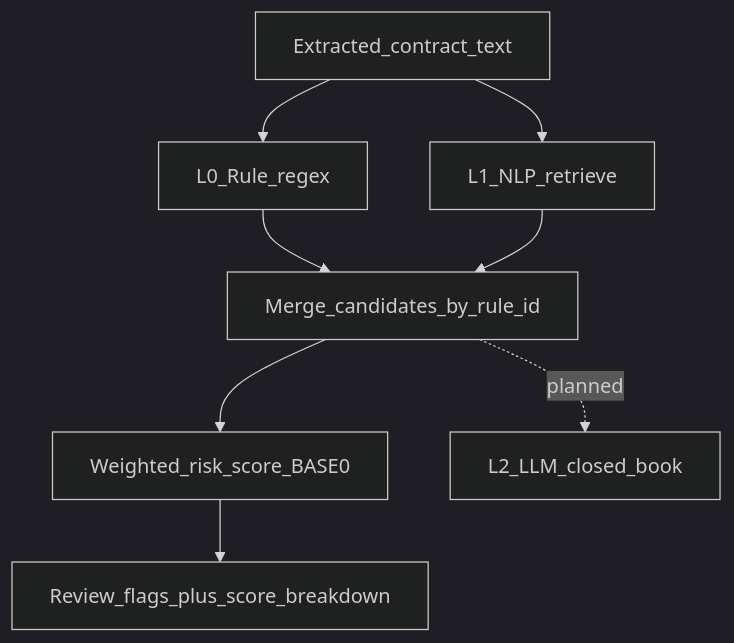
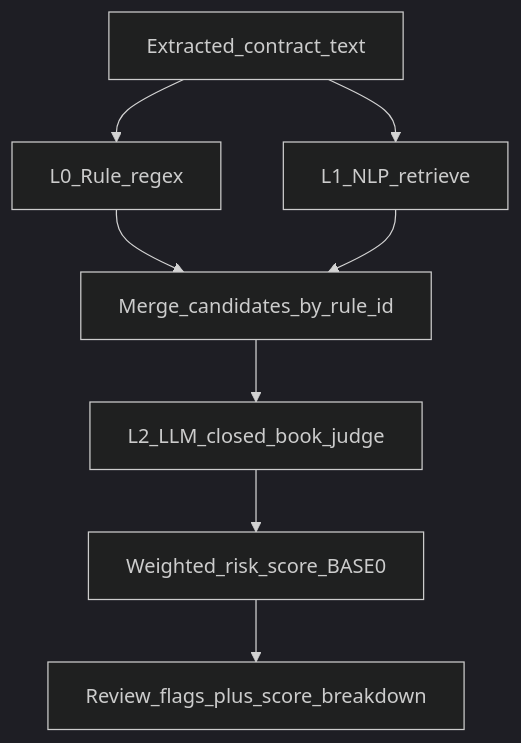
The diagram in docs/08-COMPARE-ALGORITHM-AUDIT.md (New-Sheep/RedlineGuard), drawn with Mermaid (dark theme) before and after one commit. The commit also changed other lines of this file and 26 other files, not shown here.

````diff
--- a/docs/08-COMPARE-ALGORITHM-AUDIT.md
+++ b/docs/08-COMPARE-ALGORITHM-AUDIT.md
@@ -32,10 +32,10 @@
 ```mermaid
 flowchart TB
-  text[Extracted_contract_text] --> L0[L0_Rule_regex]
-  text --> L1[L1_NLP_retrieve]
-  L0 --> merge[Merge_candidates_by_rule_id]
-  L1 --> merge
-  merge --> score[Weighted_risk_score_BASE0]
-  score --> UI[Review_flags_plus_score_breakdown]
-  merge -.->|planned| L2[L2_LLM_closed_book]
+ text[Extracted_contract_text] --> L0[L0_Rule_regex]
+ text --> L1[L1_NLP_retrieve]
+ L0 --> merge[Merge_candidates_by_rule_id]
+ L1 --> merge
+ merge --> L2[L2_LLM_closed_book_judge]
+ L2 --> score[Weighted_risk_score_BASE0]
+ score --> UI[Review_flags_plus_score_breakdown]
 ```
````
